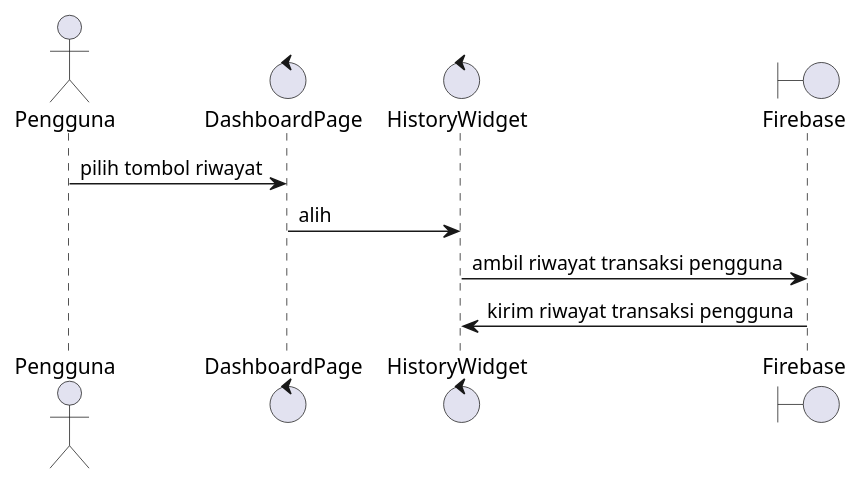
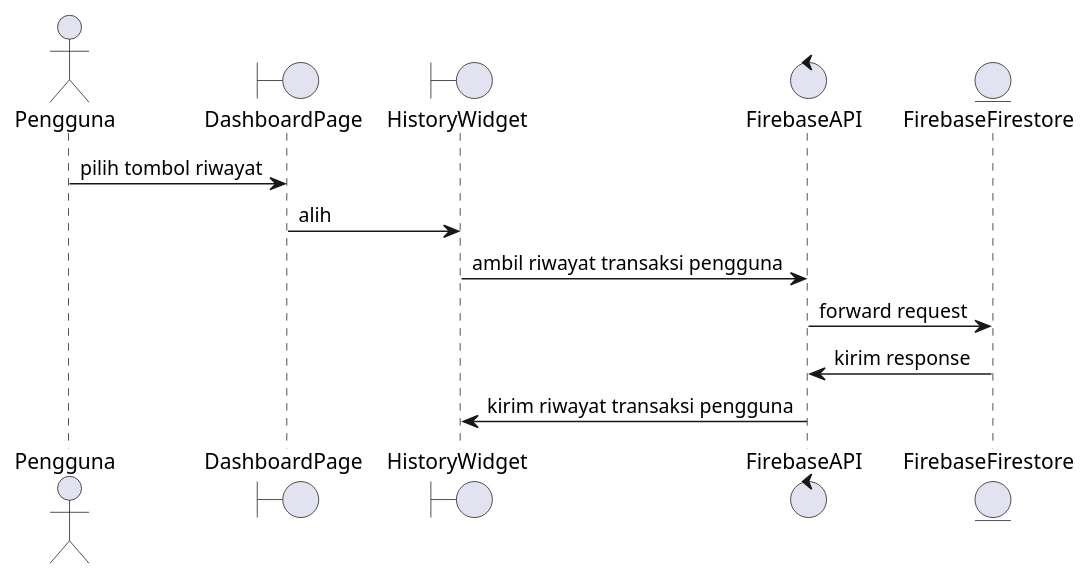
One commit to stnDinus/skpl_apbo_diagrams changed the diagram in trx_history_seq.puml. Above: the diagram before and after it, drawn with PlantUML. The commit also changed 9 other files, not shown here.

Commit message:
fix: sequence diagram

```diff
--- a/trx_history_seq.puml
+++ b/trx_history_seq.puml
@@ -1,11 +1,14 @@
 @startuml
 actor Pengguna
-control DashboardPage
-control HistoryWidget
-boundary Firebase
+boundary DashboardPage
+boundary HistoryWidget
+control FirebaseAPI
+entity FirebaseFirestore
 
 Pengguna -> DashboardPage: pilih tombol riwayat
 DashboardPage -> HistoryWidget: alih
-HistoryWidget -> Firebase: ambil riwayat transaksi pengguna
-Firebase -> HistoryWidget: kirim riwayat transaksi pengguna
+HistoryWidget -> FirebaseAPI: ambil riwayat transaksi pengguna
+FirebaseAPI -> FirebaseFirestore: forward request
+FirebaseAPI <- FirebaseFirestore: kirim response
+FirebaseAPI -> HistoryWidget: kirim riwayat transaksi pengguna
 @enduml
```
